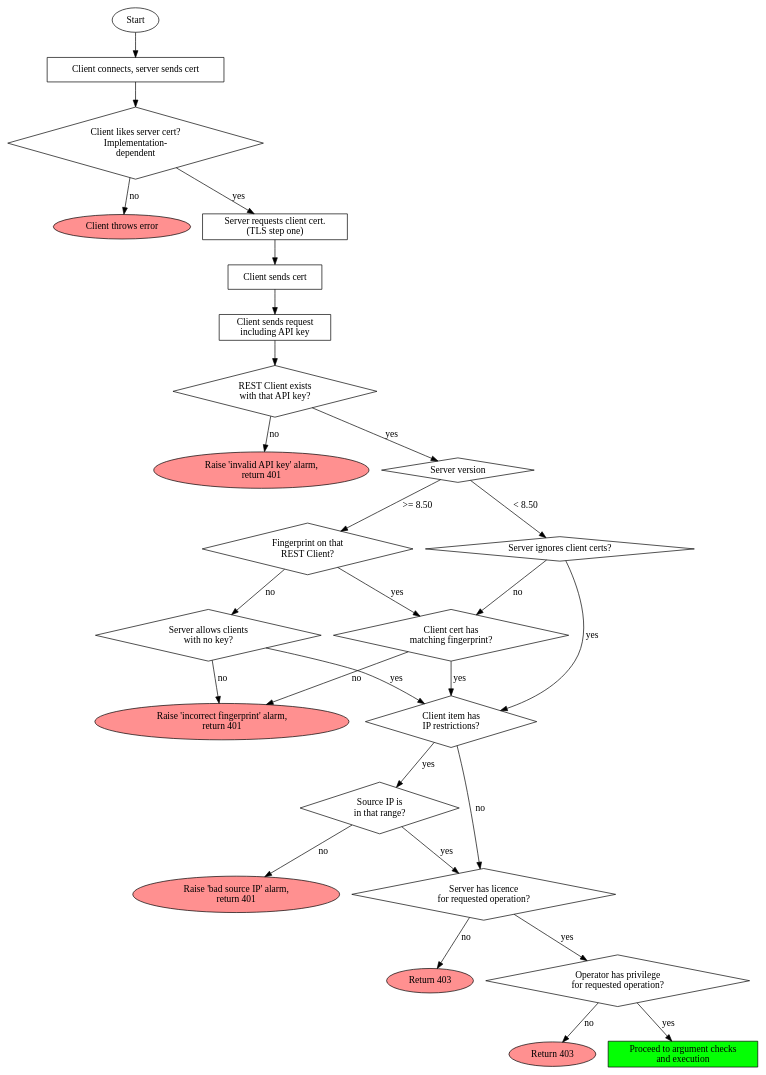
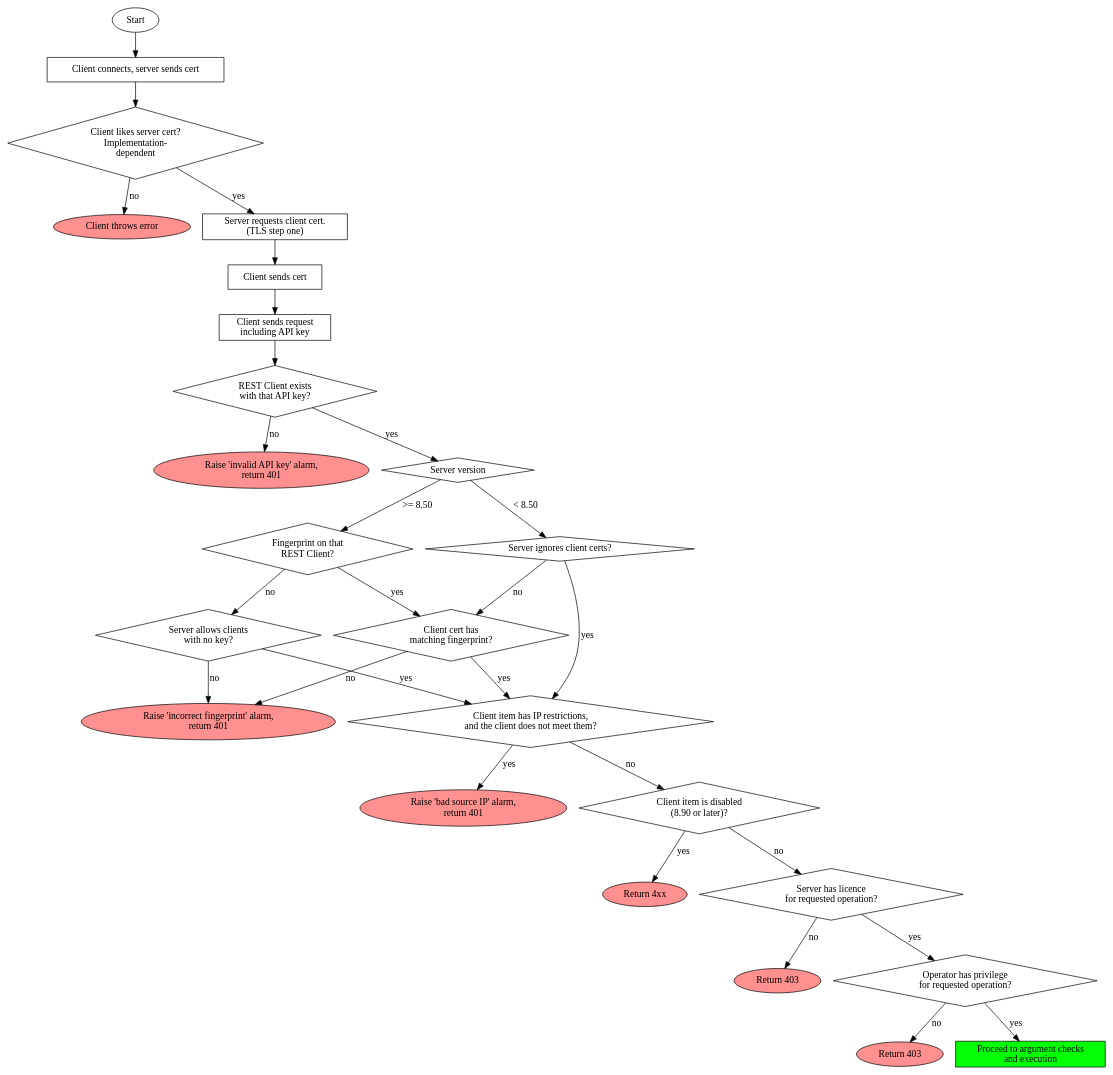
Before and after one commit to GallagherSecurity/cc-rest-docs: the diagram in training/auth_flow.dot, drawn with Graphviz. The commit also changed 1 other file, not shown here.

```diff
--- a/training/auth_flow.dot
+++ b/training/auth_flow.dot
@@ -1,73 +1,74 @@
 # Turn this into auth_flow.dot.pdf using Graphviz:
 # dot auth_flow.dot -Tpdf -O
 digraph
 {
         start[label=Start]
 
         node [shape=ellipse, style=filled, fillcolor="#ff9090"]
         o_noapikey[label="Raise 'invalid API key' alarm,\nreturn 401"]
         o_badprint[label="Raise 'incorrect fingerprint' alarm,\nreturn 401"]
         o_badip[label="Raise 'bad source IP' alarm,\nreturn 401"]
+        o_disabled[label="Return 4xx"] # TBD
         o_nolicence[label="Return 403"]
         clientquit[label="Client throws error"]
         o_nopriv[label="Return 403"]
 
         node [shape=box, style=""]
         op1[label="Client connects, server sends cert"]
         o_reqclientcert[label="Server requests client cert.\n(TLS step one)"]
         o_clientsendscert[label="Client sends cert"]
         o_clientreq[label="Client sends request\nincluding API key"]
         o_argcheck[label="Proceed to argument checks\nand execution" style=filled fillcolor="#04ff04"]
 
         node [shape=diamond]
         cond[label="Client likes server cert?\nImplementation-\ndependent"]
         c_apikeycheck[label="REST Client exists\nwith that API key?"]
         c_versioncheck [label="Server version" ]
         c_clientcertcheck1[label="Fingerprint on that\nREST Client?"]
         c_clientcertcheck2[label="Server allows clients\nwith no key?"]
 
         c_clientcertcheck840[label="Server ignores client certs?"]
 
         c_correctcert[label="Client cert has\nmatching fingerprint?" shape=diamond]
-        c_sourceip1[label="Client item has\nIP restrictions?"]
-        c_sourceip2[label="Source IP is\nin that range?"]
+        c_sourceip1[label="Client item has IP restrictions,\nand the client does not meet them?"]
+        c_disabled[label="Client item is disabled\n(8.90 or later)?"]
         c_licence[label="Server has licence\nfor requested operation?"]
         c_privcheck[label="Operator has privilege\nfor requested operation?"]
 
         start->op1
         op1->cond
         cond->clientquit [label = "no"]
         cond->o_reqclientcert [label = "yes"]
         o_reqclientcert -> o_clientsendscert
         o_clientsendscert -> o_clientreq
         o_clientreq->c_apikeycheck
 
         c_apikeycheck->o_noapikey [label = "no"]
         c_apikeycheck->c_versioncheck [label = "yes"]
 
         c_versioncheck -> c_clientcertcheck1 [label = ">= 8.50"]
         c_versioncheck -> c_clientcertcheck840 [label = "< 8.50"]
 
         c_clientcertcheck1->c_clientcertcheck2 [label= "no"]
 
         c_clientcertcheck840->c_sourceip1 [label = "yes"]
         c_clientcertcheck840->c_correctcert [label = "no"]
 
         c_clientcertcheck2->o_badprint [label = "no"]
         c_clientcertcheck2->c_sourceip1 [label = "yes"]
 
         c_clientcertcheck1->c_correctcert [label = "yes"]
         c_correctcert->o_badprint [label = "no"]
 
         c_correctcert->c_sourceip1 [label = "yes"]
-        c_sourceip1->c_licence [label = "no"]
-        c_sourceip1->c_sourceip2 [label = "yes"]
-        
-        c_sourceip2->c_licence [label = "yes"]
-        c_sourceip2->o_badip [label = "no"]
+        c_sourceip1->c_disabled [label = "no"]
+        c_sourceip1->o_badip [label = "yes"]
+
+        c_disabled->c_licence [label = "no"]
+        c_disabled->o_disabled [label = "yes"]
 
         c_licence->o_nolicence [label="no"]
         c_licence->c_privcheck [label="yes"]
         c_privcheck->o_nopriv [label="no"]
         c_privcheck->o_argcheck [label="yes"]
 }
```
